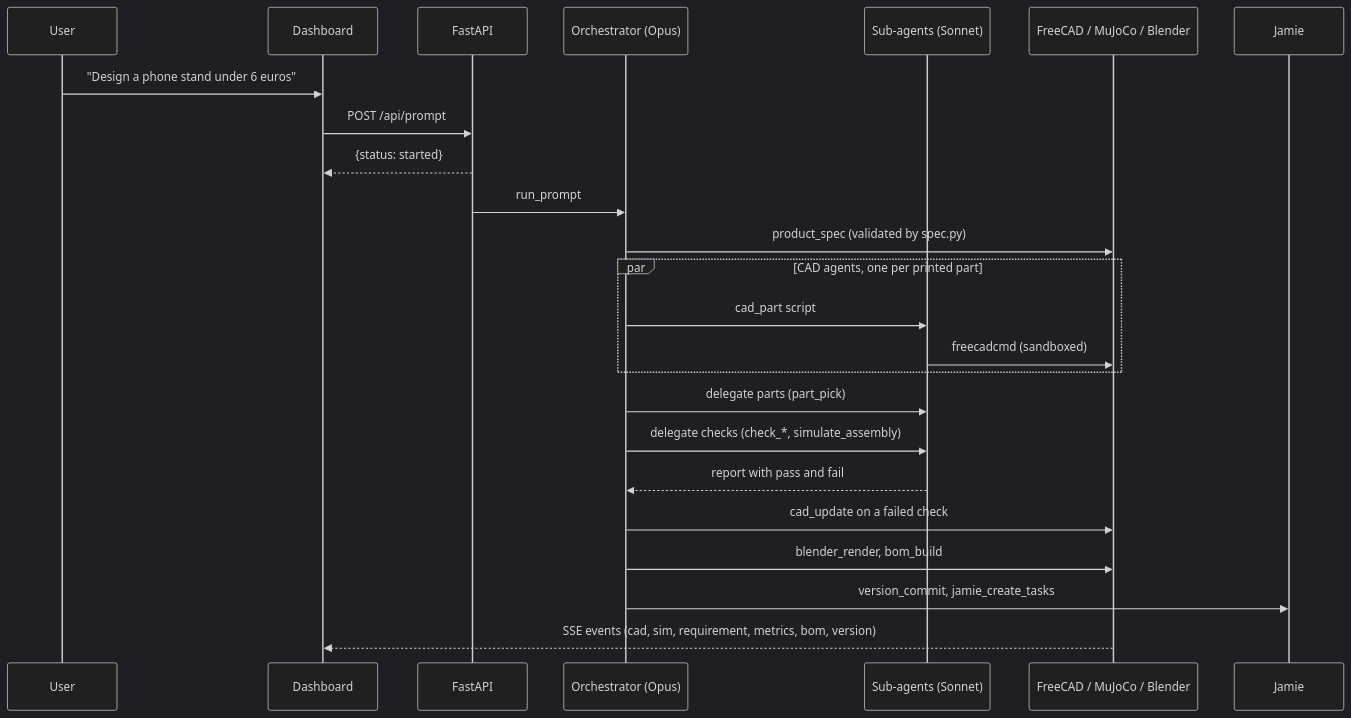
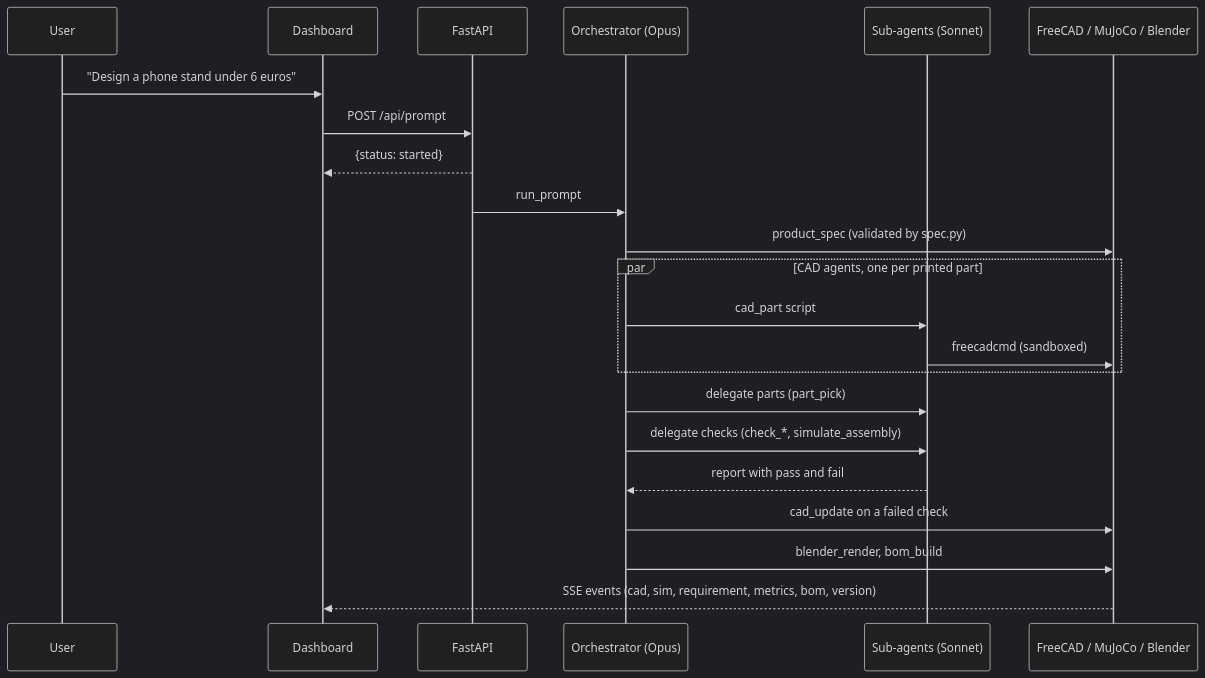
Before and after one commit to AnyBuildhackathon/bauplan: the second of 3 diagrams in docs/ARCHITECTURE.md, drawn with Mermaid (dark theme). The commit also changed other lines of this file and 94 other files, not shown here.

````diff
--- a/docs/ARCHITECTURE.md
+++ b/docs/ARCHITECTURE.md
@@ -98,27 +93,25 @@
 ```mermaid
 sequenceDiagram
     participant User
     participant Web as Dashboard
     participant API as FastAPI
     participant Orc as Orchestrator (Opus)
     participant Sub as Sub-agents (Sonnet)
     participant Tools as FreeCAD / MuJoCo / Blender
-    participant Jamie
 
     User->>Web: "Design a phone stand under 6 euros"
     Web->>API: POST /api/prompt
     API-->>Web: {status: started}
     API->>Orc: run_prompt
     Orc->>Tools: product_spec (validated by spec.py)
     par CAD agents, one per printed part
         Orc->>Sub: cad_part script
         Sub->>Tools: freecadcmd (sandboxed)
     end
     Orc->>Sub: delegate parts (part_pick)
     Orc->>Sub: delegate checks (check_*, simulate_assembly)
     Sub-->>Orc: report with pass and fail
     Orc->>Tools: cad_update on a failed check
     Orc->>Tools: blender_render, bom_build
-    Orc->>Jamie: version_commit, jamie_create_tasks
     Tools-->>Web: SSE events (cad, sim, requirement, metrics, bom, version)
 ```
````
